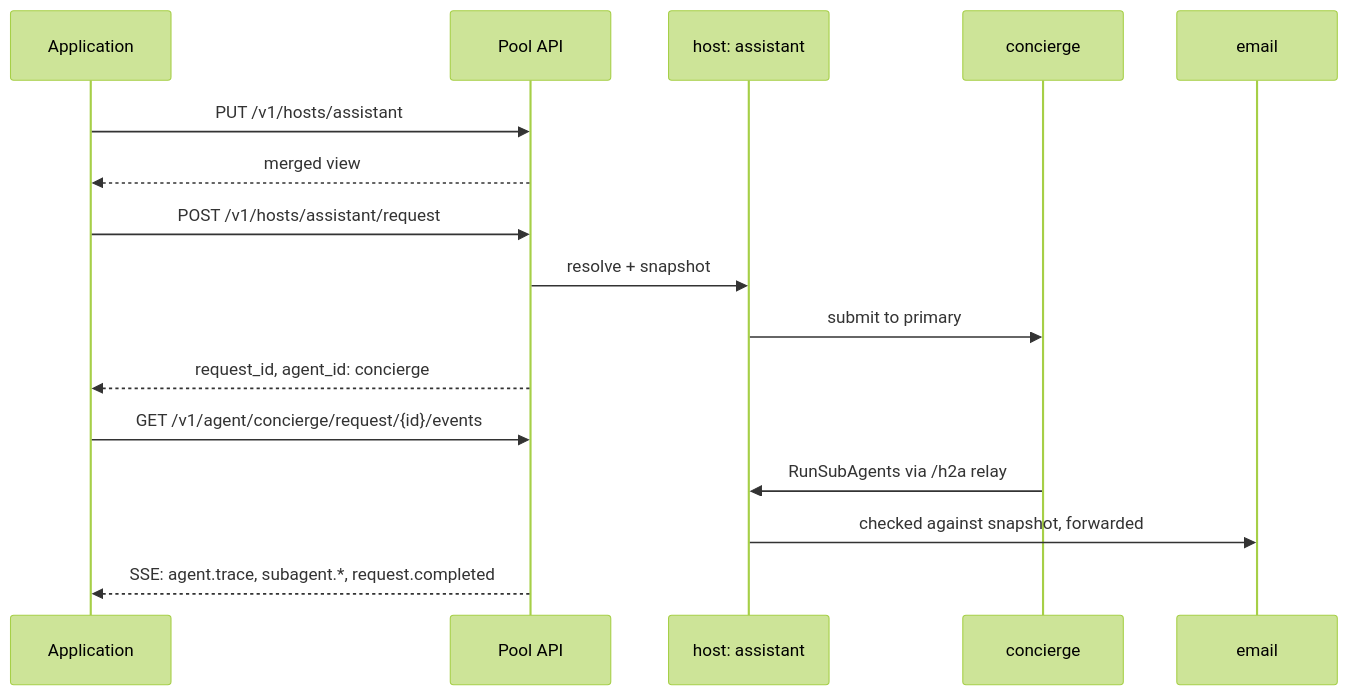
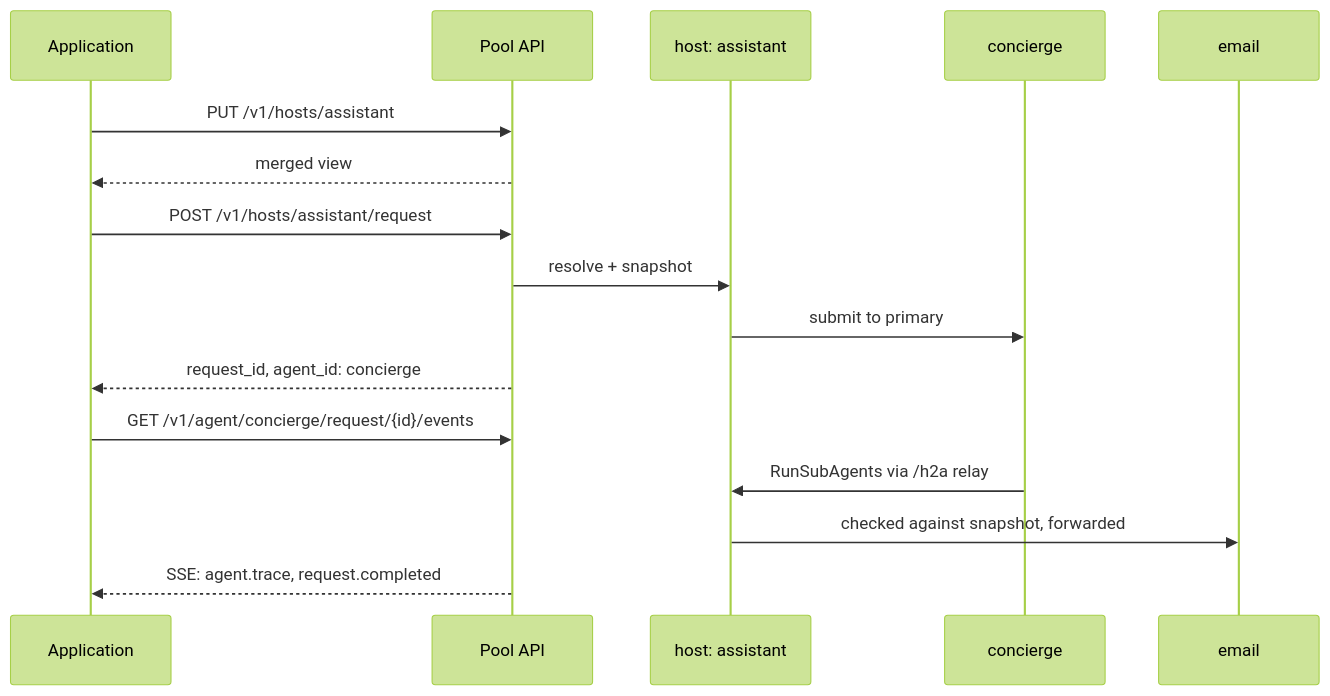
One commit to imsid/mashpy changed the diagram in docs/posts/building-dynamic-hosts-apis.md. Above: the diagram before and after it, drawn with Mermaid (forest theme). The commit also changed other lines of this file and 137 other files, not shown here.

````diff
--- a/docs/posts/building-dynamic-hosts-apis.md
+++ b/docs/posts/building-dynamic-hosts-apis.md
@@ -182,19 +188,19 @@
 ```mermaid
 sequenceDiagram
     participant App as Application
     participant API as Pool API
     participant H as host: assistant
     participant C as concierge
     participant E as email
 
     App->>API: PUT /v1/hosts/assistant
     API-->>App: merged view
     App->>API: POST /v1/hosts/assistant/request
     API->>H: resolve + snapshot
     H->>C: submit to primary
     API-->>App: request_id, agent_id: concierge
     App->>API: GET /v1/agent/concierge/request/{id}/events
     C->>H: RunSubAgents via /h2a relay
     H->>E: checked against snapshot, forwarded
-    API-->>App: SSE: agent.trace, subagent.*, request.completed
+    API-->>App: SSE: agent.trace, request.completed
 ```
````
